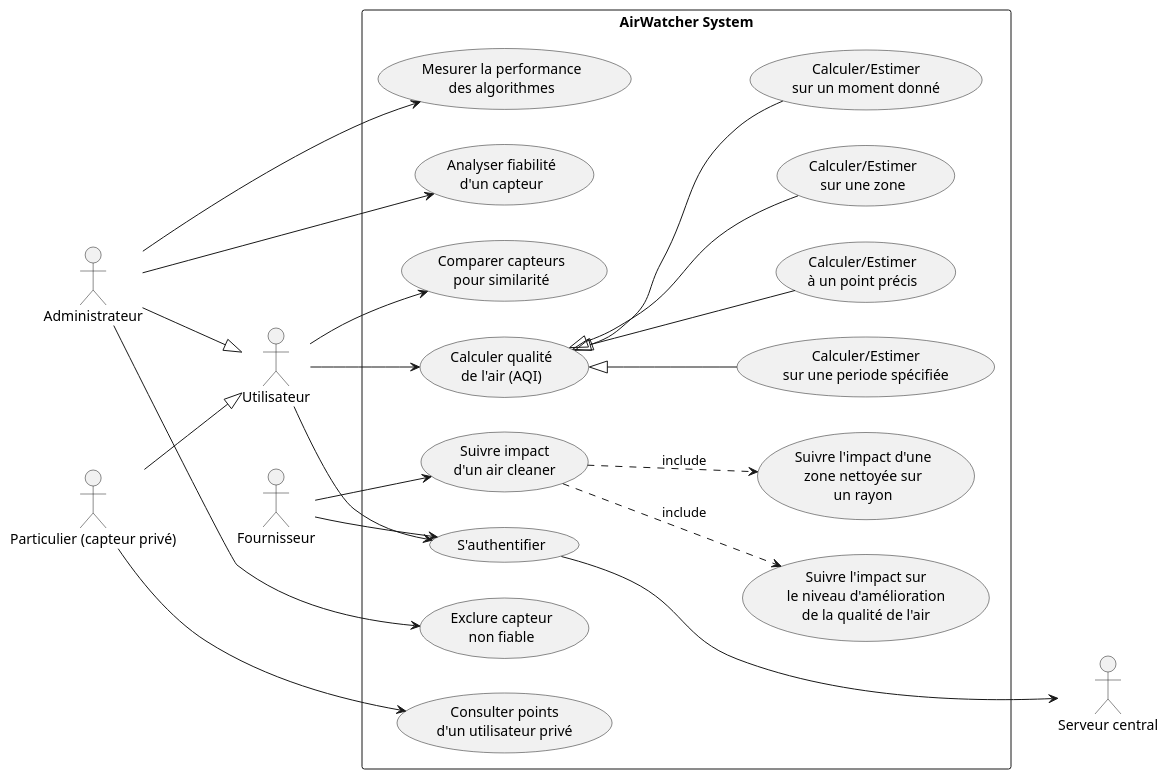
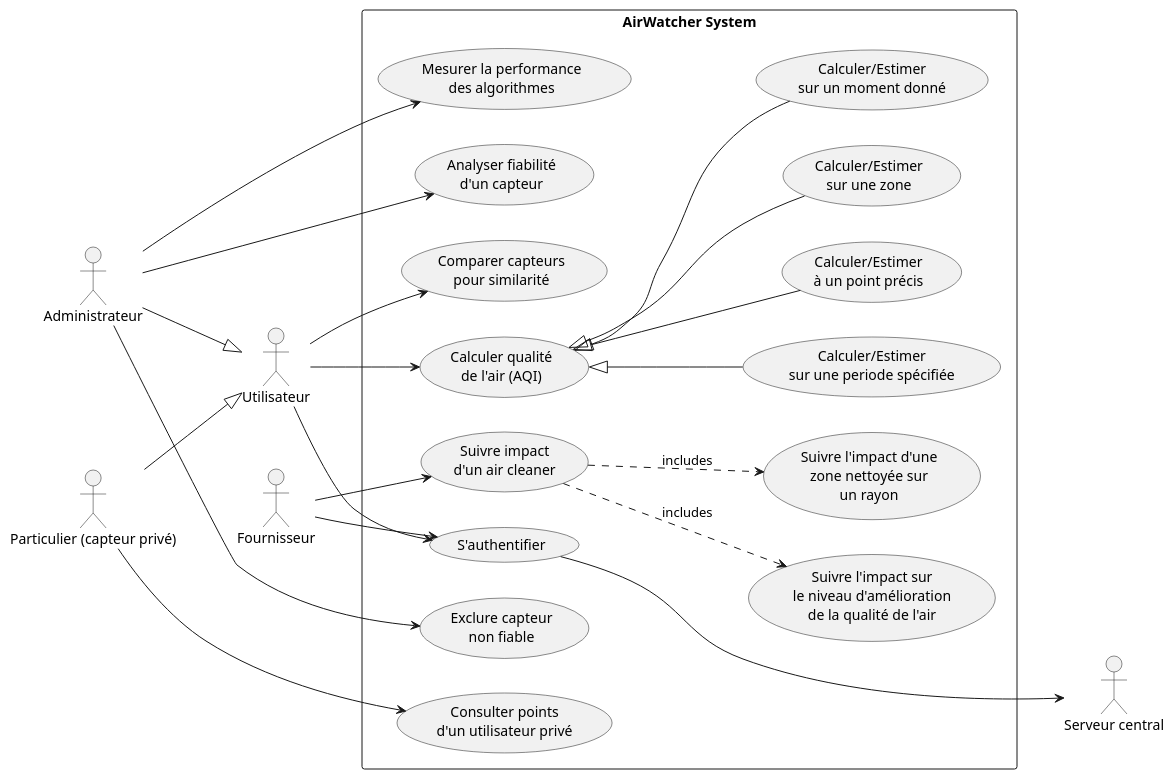
The diagram in UML/UseCase.puml (ldureuil/3IF_AirWatcher), drawn with PlantUML before and after one commit. The commit also changed 13 other files, not shown here.

Commit message:
Mise-à-jour des diagrammes UML, modification du fichier des tests fonctionnels et création/relocalisation des données des tests fonctionnels

```diff
--- a/UML/UseCase.puml
+++ b/UML/UseCase.puml
@@ -1,61 +1,61 @@
-@startuml
+@startuml UseCase
 left to right direction
 
 
 ' Actors on the left
 actor "Administrateur" as A
 actor "Fournisseur" as F
 actor "Particulier (capteur privé)" as P
 actor "Utilisateur" as U
 
 rectangle "AirWatcher System" {
   usecase "S'authentifier" as UC_Auth
   usecase "Mesurer la performance\ndes algorithmes" as UC_AnalyzeSensorPerf
   usecase "Analyser fiabilité\nd'un capteur" as UC_AnalyzeSensor
   usecase "Exclure capteur\nnon fiable" as UC_ExcludeSensor
   usecase "Calculer qualité\nde l'air (AQI)" as UC_CalcAverage
   usecase "Comparer capteurs\npour similarité" as UC_CompareSensors
   usecase "Consulter points\nd'un utilisateur privé" as UC_ShowPoints
   usecase "Suivre impact\nd'un air cleaner" as UC_TrackCleaner
   
   usecase "Calculer/Estimer\nà un point précis" as UC_GivenPoint
   usecase "Calculer/Estimer\nsur une zone" as UC_Area
   usecase "Calculer/Estimer\nsur un moment donné" as UC_GivenMoment
   usecase "Calculer/Estimer\nsur une periode spécifiée" as UC_SpecifiedPeriod
   usecase "Suivre l'impact d'une\nzone nettoyée sur\nun rayon" as UC_CleanedRadius
   usecase "Suivre l'impact sur\nle niveau d'amélioration\nde la qualité de l'air" as UC_AirQualityImprovement
 }
 
 ' L'administrateur
 A --> UC_AnalyzeSensor
 A --> UC_ExcludeSensor
 A --> UC_AnalyzeSensorPerf
 A --|> U
 
 ' Le fournisseur
 F --> UC_TrackCleaner
 F --> UC_Auth
 
 ' Le particulier
 P --> UC_ShowPoints
 P --|> U
 
 ' L'utilisateur
 U --> UC_CompareSensors
 U --> UC_CalcAverage
 U --> UC_Auth
 
 UC_CalcAverage <|-- UC_SpecifiedPeriod
 UC_CalcAverage <|-- UC_GivenMoment
 UC_CalcAverage <|-- UC_GivenPoint
 UC_CalcAverage <|-- UC_Area
-UC_TrackCleaner .-> UC_AirQualityImprovement : include
-UC_TrackCleaner .-> UC_CleanedRadius : include
+UC_TrackCleaner .-> UC_AirQualityImprovement : includes
+UC_TrackCleaner .-> UC_CleanedRadius : includes
 
 
 actor "Serveur central" as S
 
 ' Use cases utilisant les données -> Serveur central
 UC_Auth ---> S
 
 @enduml
```
